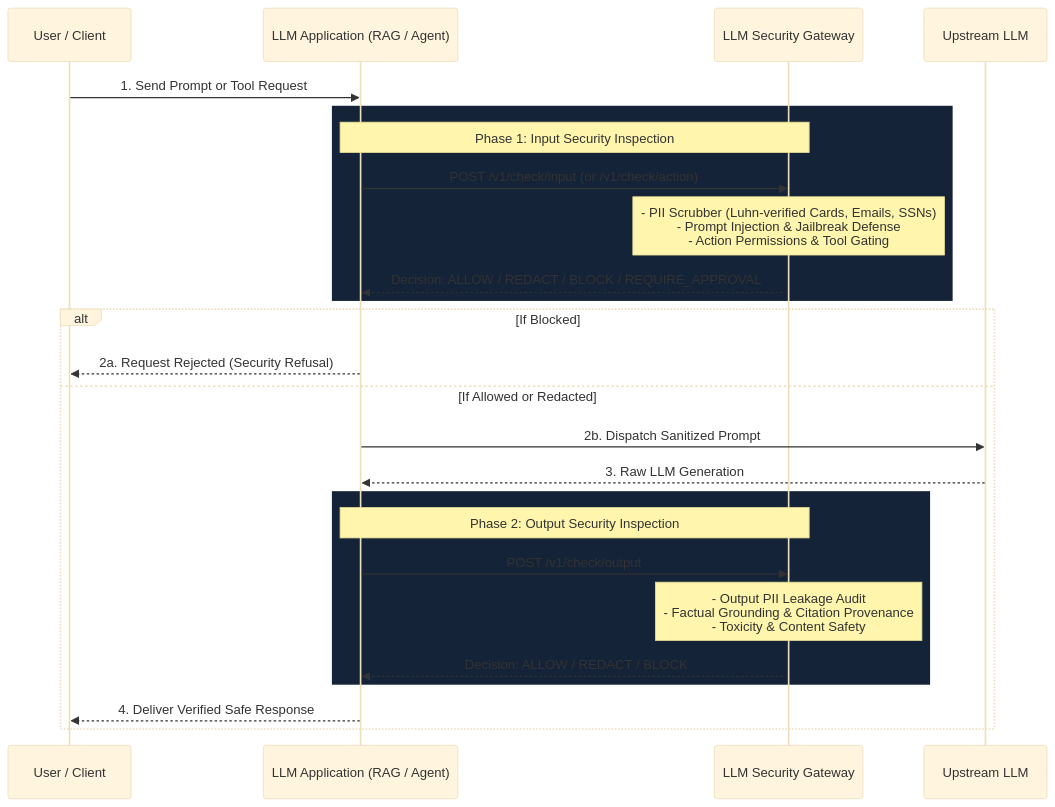
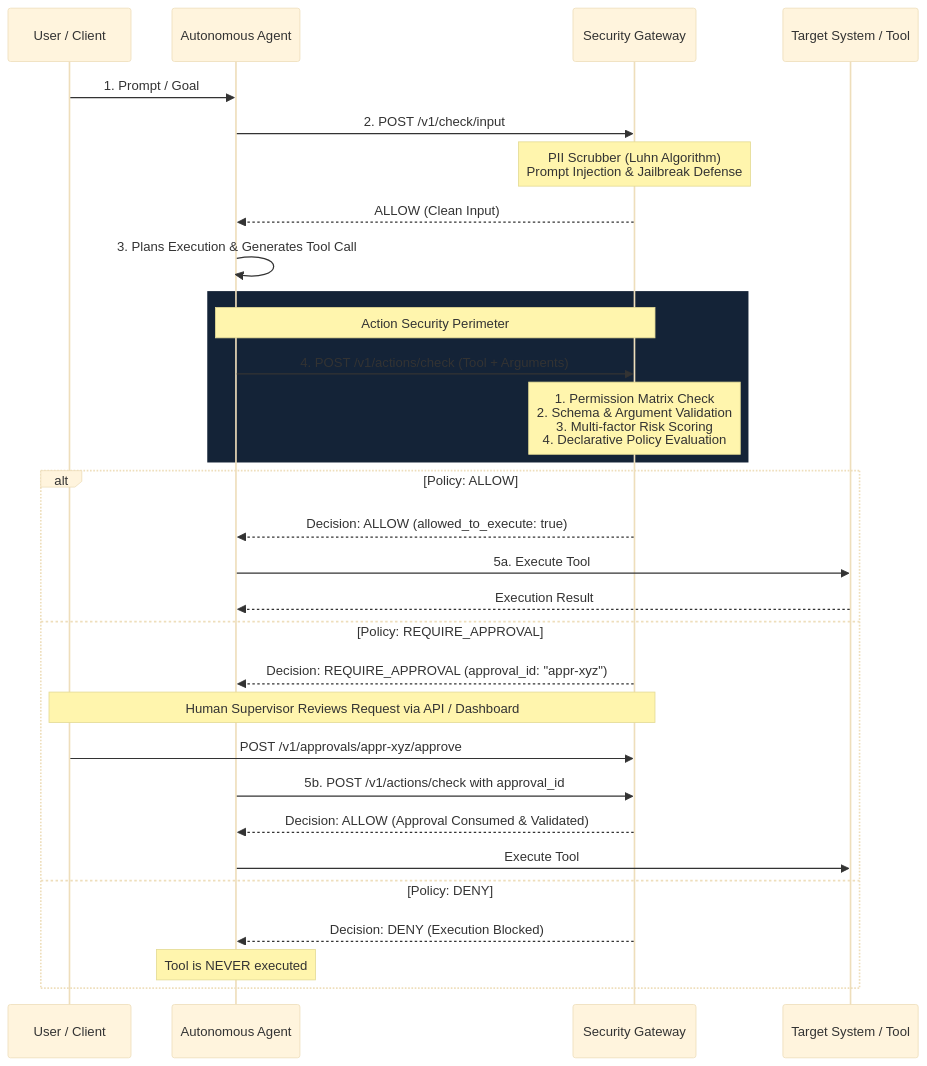
Before and after one commit to ShhlokRastogi/LLM-security-gateway: the diagram in README.md, drawn with Mermaid (base theme). The commit also changed other lines of this file, not shown here.

Commit message:
docs: update README with comprehensive production-grade architecture, SDK guide, and API reference

````diff
--- a/README.md
+++ b/README.md
@@ -75,32 +76,36 @@
 ```mermaid
 sequenceDiagram
     participant User as User / Client
-    participant App as LLM Application (RAG / Agent)
-    participant Gateway as LLM Security Gateway
-    participant LLM as Upstream LLM
+    participant Agent as Autonomous Agent
+    participant Gateway as Security Gateway
+    participant Tool as Target System / Tool
 
-    User->>App: 1. Send Prompt or Tool Request
+    User->>Agent: 1. Prompt / Goal
+    Agent->>Gateway: 2. POST /v1/check/input
+    Note over Gateway: PII Scrubber (Luhn Algorithm)<br/>Prompt Injection & Jailbreak Defense
+    Gateway-->>Agent: ALLOW (Clean Input)
+
+    Agent->>Agent: 3. Plans Execution & Generates Tool Call
     
     rect rgb(20, 35, 55)
-    Note over App,Gateway: Phase 1: Input Security Inspection
-    App->>Gateway: POST /v1/check/input (or /v1/check/action)
-    Note over Gateway: - PII Scrubber (Luhn-verified Cards, Emails, SSNs)<br/>- Prompt Injection & Jailbreak Defense<br/>- Action Permissions & Tool Gating
-    Gateway-->>App: Decision: ALLOW / REDACT / BLOCK / REQUIRE_APPROVAL
+    Note over Agent,Gateway: Action Security Perimeter
+    Agent->>Gateway: 4. POST /v1/actions/check (Tool + Arguments)
+    Note over Gateway: 1. Permission Matrix Check<br/>2. Schema & Argument Validation<br/>3. Multi-factor Risk Scoring<br/>4. Declarative Policy Evaluation
     end
 
-    alt If Blocked
-        App-->>User: 2a. Request Rejected (Security Refusal)
-    else If Allowed or Redacted
-        App->>LLM: 2b. Dispatch Sanitized Prompt
-        LLM-->>App: 3. Raw LLM Generation
-        
-        rect rgb(20, 35, 55)
-        Note over App,Gateway: Phase 2: Output Security Inspection
-        App->>Gateway: POST /v1/check/output
-        Note over Gateway: - Output PII Leakage Audit<br/>- Factual Grounding & Citation Provenance<br/>- Toxicity & Content Safety
-        Gateway-->>App: Decision: ALLOW / REDACT / BLOCK
-        end
-
-        App-->>User: 4. Deliver Verified Safe Response
+    alt Policy: ALLOW
+        Gateway-->>Agent: Decision: ALLOW (allowed_to_execute: true)
+        Agent->>Tool: 5a. Execute Tool
+        Tool-->>Agent: Execution Result
+    else Policy: REQUIRE_APPROVAL
+        Gateway-->>Agent: Decision: REQUIRE_APPROVAL (approval_id: "appr-xyz")
+        Note over Gateway,User: Human Supervisor Reviews Request via API / Dashboard
+        User->>Gateway: POST /v1/approvals/appr-xyz/approve
+        Agent->>Gateway: 5b. POST /v1/actions/check with approval_id
+        Gateway-->>Agent: Decision: ALLOW (Approval Consumed & Validated)
+        Agent->>Tool: Execute Tool
+    else Policy: DENY
+        Gateway-->>Agent: Decision: DENY (Execution Blocked)
+        Note over Agent: Tool is NEVER executed
     end
 ```
````
